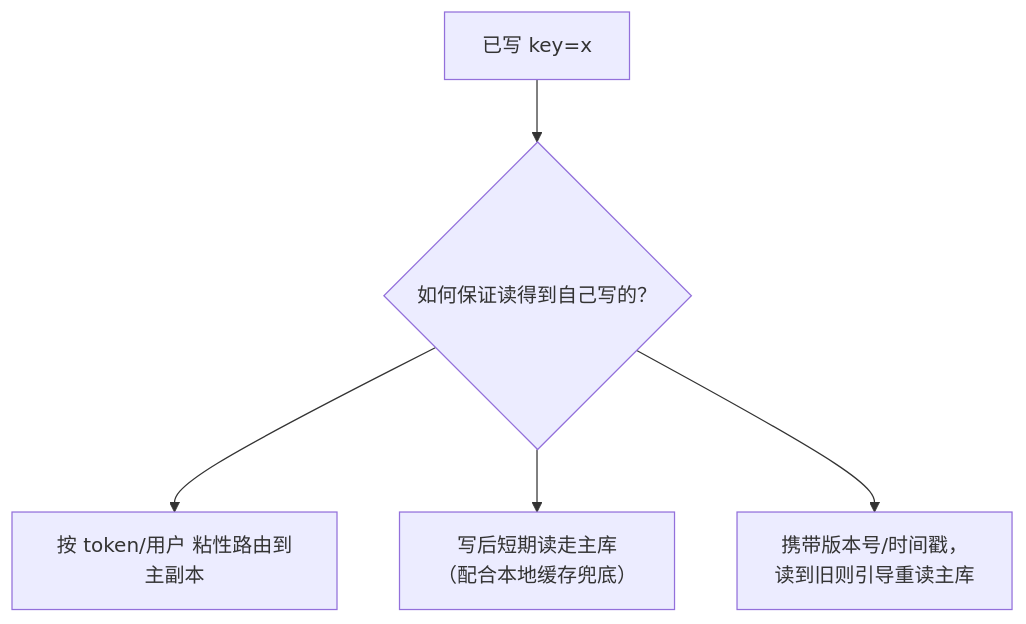
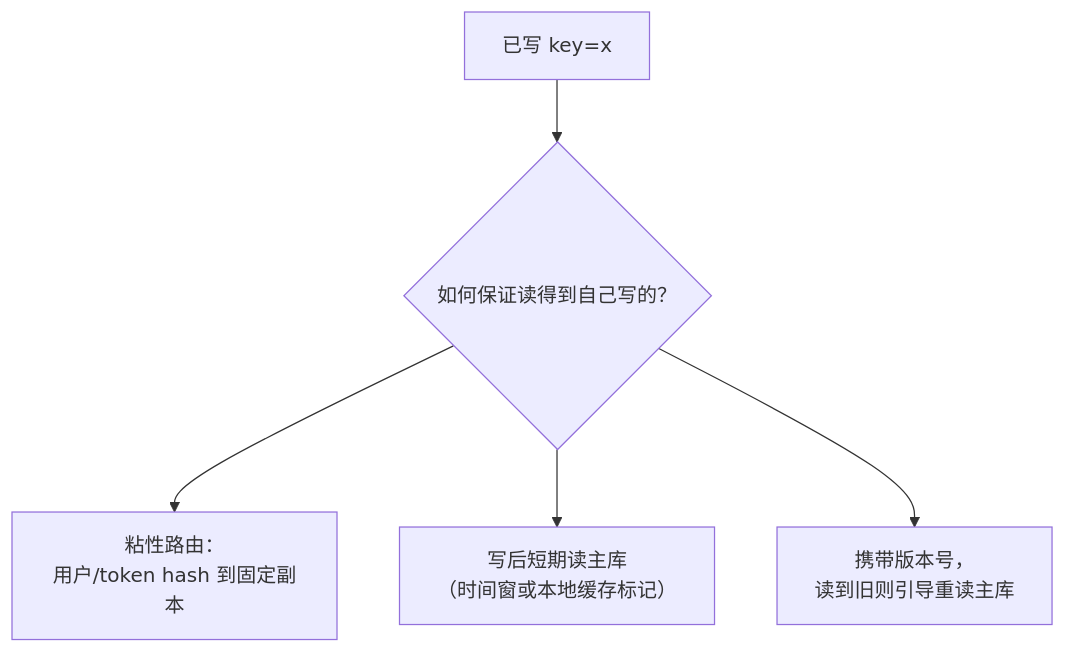
The first of 2 diagrams in src/content/docs/distributed/advanced/consistency/01-consistency-patterns.md (Loadhao/ascension), drawn with Mermaid before and after one commit. The commit also changed other lines of this file and 4 other files, not shown here.

````diff
--- a/src/content/docs/distributed/advanced/consistency/01-consistency-patterns.md
+++ b/src/content/docs/distributed/advanced/consistency/01-consistency-patterns.md
@@ -25,7 +26,7 @@
 ```mermaid
 flowchart TB
     A["已写 key=x"] --> B{"如何保证读得到自己写的？"}
-    B --> C["按 token/用户 粘性路由到主副本"]
-    B --> D["写后短期读走主库<br/>（配合本地缓存兜底）"]
-    B --> E["携带版本号/时间戳，<br/>读到旧则引导重读主库"]
+    B --> C["粘性路由：<br/>用户/token hash 到固定副本"]
+    B --> D["写后短期读主库<br/>（时间窗或本地缓存标记）"]
+    B --> E["携带版本号，<br/>读到旧则引导重读主库"]
 ```
````
